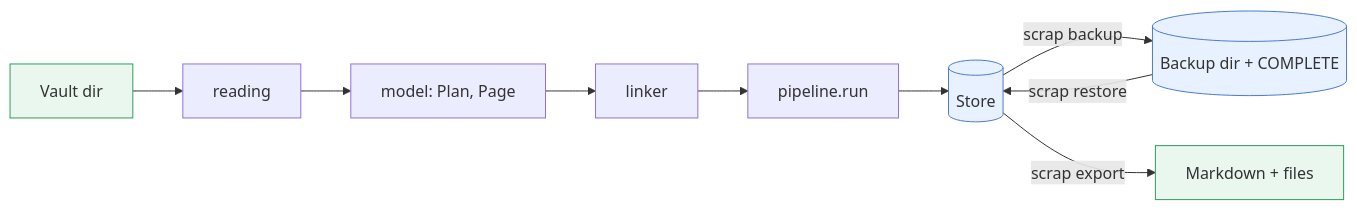
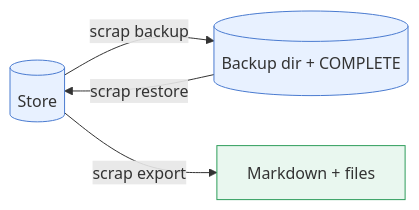
The fourth of 4 diagrams in docs/explanations/architecture/capture-and-files.md (gilesknap/scrap), drawn with Mermaid before and after one commit. The commit also changed other lines of this file and 49 other files, not shown here.

````diff
--- a/docs/explanations/architecture/capture-and-files.md
+++ b/docs/explanations/architecture/capture-and-files.md
@@ -183,9 +174,8 @@
 ```mermaid
 flowchart LR
-    v["Vault dir"]:::user --> rd["reading"] --> m["model: Plan, Page"] --> l["linker"] --> p["pipeline.run"] --> s[("Store")]:::store
-    s -- "scrap backup" --> b[("Backup dir + COMPLETE")]:::store
+    s[("Store")]:::store -- "scrap backup" --> b[("Backup dir + COMPLETE")]:::store
     b -- "scrap restore" --> s
     s -- "scrap export" --> x["Markdown + files"]:::user
     classDef store fill:#e8f1ff,stroke:#4a7bd0
     classDef user fill:#e9f7ef,stroke:#2e9d5b
 ```
````
